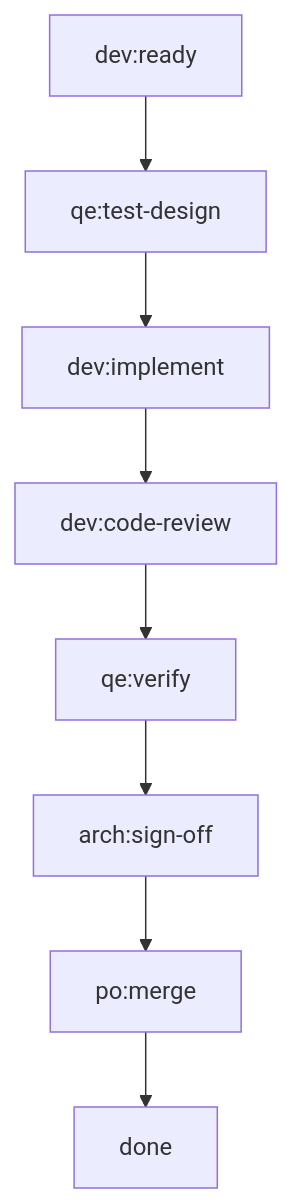
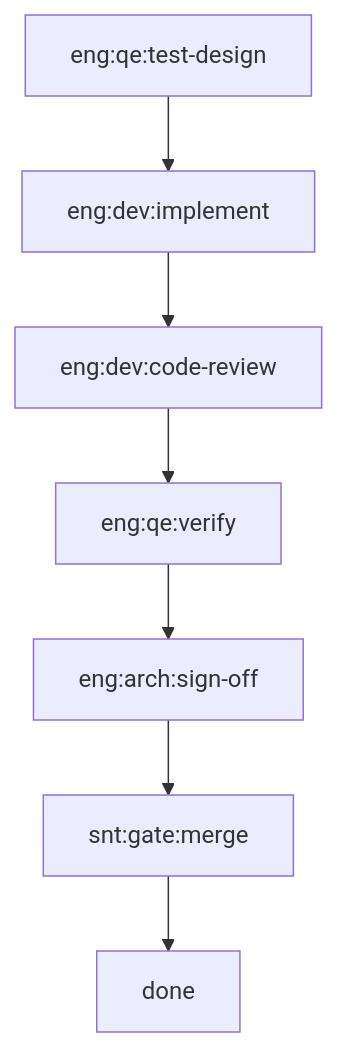
Before and after one commit to devguyio-bot-squad/botminter: the second of 2 diagrams in docs/content/concepts/profiles.md, drawn with Mermaid. The commit also changed other lines of this file and 14 other files, not shown here.

````diff
--- a/docs/content/concepts/profiles.md
+++ b/docs/content/concepts/profiles.md
@@ -219,10 +235,9 @@
 ```mermaid
 flowchart TD
-    ready["dev:ready"] --> testdesign["qe:test-design"]
-    testdesign --> implement["dev:implement"]
-    implement --> codereview["dev:code-review"]
-    codereview --> verify["qe:verify"]
-    verify --> signoff["arch:sign-off"]
-    signoff --> merge["po:merge"]
+    testdesign["eng:qe:test-design"] --> implement["eng:dev:implement"]
+    implement --> codereview["eng:dev:code-review"]
+    codereview --> verify["eng:qe:verify"]
+    verify --> signoff["eng:arch:sign-off"]
+    signoff --> merge["snt:gate:merge"]
     merge --> done["done"]
 ```
````
